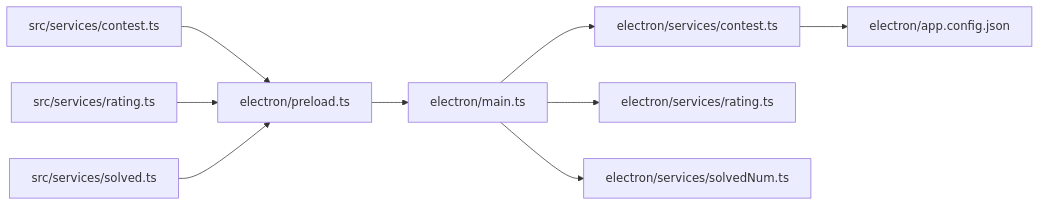
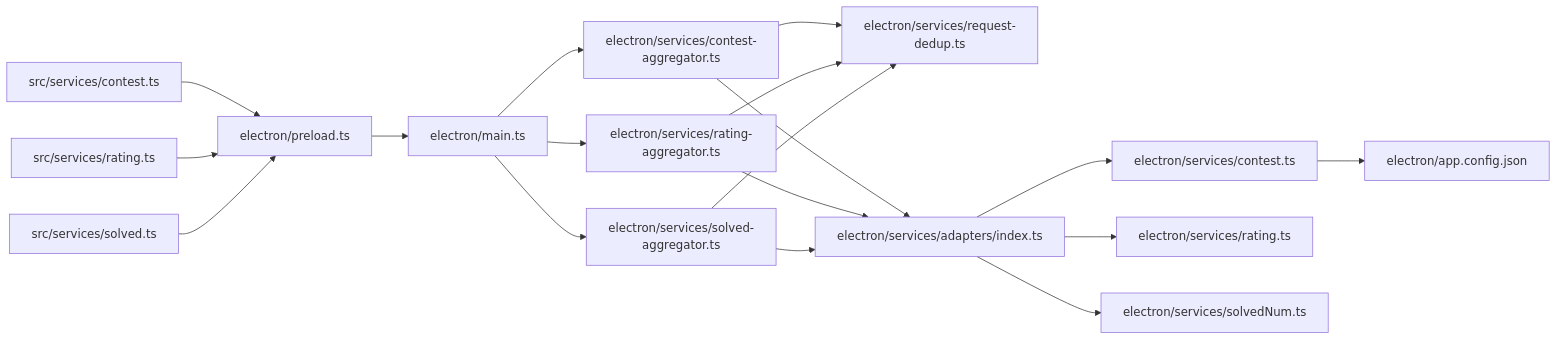
One commit to Siborne/OJFlow changed the sixth of 7 diagrams in .qoder/repowiki/zh/content/API参考/服务层API/服务层API.md. Above: the diagram before and after it, drawn with Mermaid. The commit also changed other lines of this file and 23 other files, not shown here.

````diff
--- a/.qoder/repowiki/zh/content/API参考/服务层API/服务层API.md
+++ b/.qoder/repowiki/zh/content/API参考/服务层API/服务层API.md
@@ -386,11 +399,20 @@
 ```mermaid
 graph LR
 RS["src/services/contest.ts"] --> IPC["electron/preload.ts"]
 RP["src/services/rating.ts"] --> IPC
 RV["src/services/solved.ts"] --> IPC
 IPC --> MM["electron/main.ts"]
-MM --> SC["electron/services/contest.ts"]
-MM --> SR["electron/services/rating.ts"]
-MM --> SS["electron/services/solvedNum.ts"]
+MM --> CA["electron/services/contest-aggregator.ts"]
+MM --> RA["electron/services/rating-aggregator.ts"]
+MM --> SA["electron/services/solved-aggregator.ts"]
+CA --> RD["electron/services/request-dedup.ts"]
+RA --> RD
+SA --> RD
+CA --> AD["electron/services/adapters/index.ts"]
+RA --> AD
+SA --> AD
+AD --> SC["electron/services/contest.ts"]
+AD --> SR["electron/services/rating.ts"]
+AD --> SS["electron/services/solvedNum.ts"]
 SC --> CFG["electron/app.config.json"]
 ```
````
